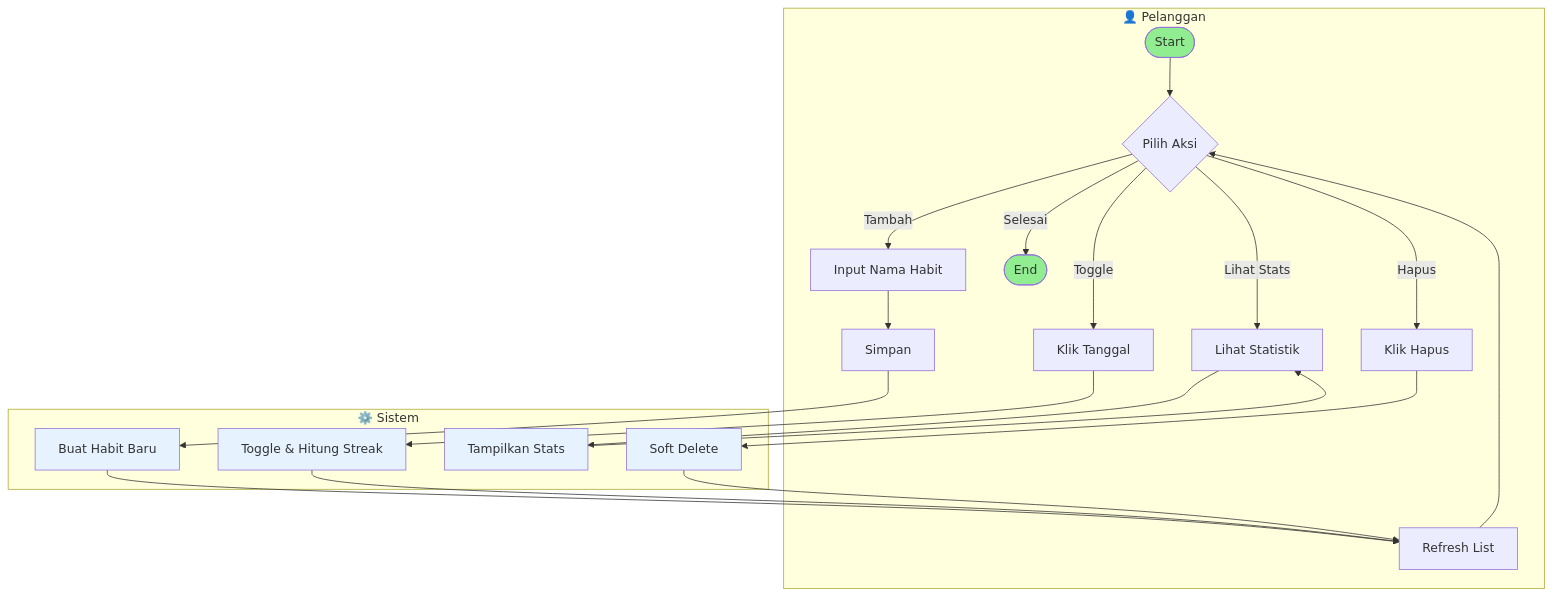
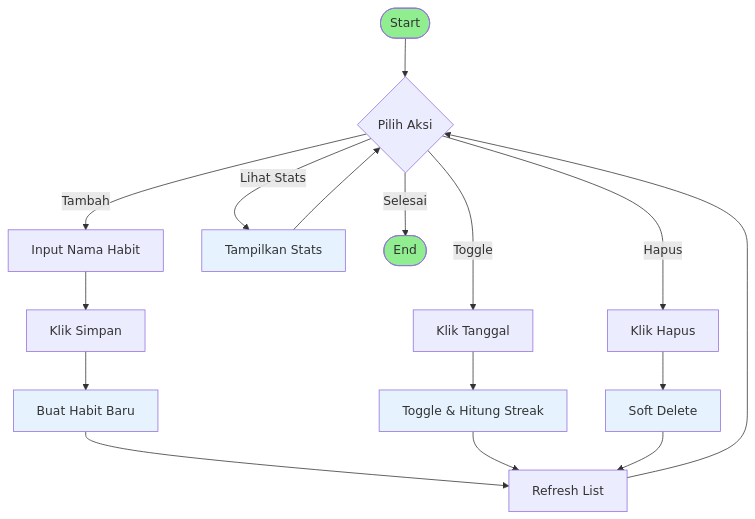
The fourth of 11 diagrams in ACTIVITY_DIAGRAMS.md (FarhanEfendi21/FlowDay), drawn with Mermaid before and after one commit. The commit also changed other lines of this file, not shown here.

Commit message:
fix activity diagram

````diff
--- a/ACTIVITY_DIAGRAMS.md
+++ b/ACTIVITY_DIAGRAMS.md
@@ -137,32 +128,30 @@
 ```mermaid
-graph TD
-    subgraph User["👤 Pelanggan"]
-        A([Start]) --> B{Pilih Aksi}
-        B -->|Tambah| C[Input Nama Habit]
-        B -->|Toggle| D[Klik Tanggal]
-        B -->|Lihat Stats| E[Lihat Statistik]
-        B -->|Hapus| F[Klik Hapus]
-        C --> G[Simpan]
-        H[Refresh List] --> B
-        B -->|Selesai| I([End])
-    end
+flowchart TB
+    Start([Start]) --> Menu{Pilih Aksi}
     
-    subgraph System["⚙️ Sistem"]
-        J[Buat Habit Baru] --> H
-        K[Toggle & Hitung Streak] --> H
-        L[Tampilkan Stats] --> E
-        M[Soft Delete] --> H
-    end
+    Menu -->|Tambah| A1[Input Nama Habit]
+    A1 --> A2[Klik Simpan]
+    A2 --> A3[Buat Habit Baru]
+    A3 --> R[Refresh List]
     
-    G --> J
-    D --> K
-    E --> L
-    F --> M
+    Menu -->|Toggle| B1[Klik Tanggal]
+    B1 --> B2[Toggle & Hitung Streak]
+    B2 --> R
+    
+    Menu -->|Lihat Stats| C1[Tampilkan Stats]
+    C1 --> Menu
+    
+    Menu -->|Hapus| D1[Klik Hapus]
+    D1 --> D2[Soft Delete]
+    D2 --> R
+    
+    R --> Menu
+    Menu -->|Selesai| End([End])
 
-    style A fill:#90EE90
-    style I fill:#90EE90
-    style J fill:#E6F3FF
-    style K fill:#E6F3FF
-    style L fill:#E6F3FF
-    style M fill:#E6F3FF
+    style Start fill:#90EE90
+    style End fill:#90EE90
+    style A3 fill:#E6F3FF
+    style B2 fill:#E6F3FF
+    style C1 fill:#E6F3FF
+    style D2 fill:#E6F3FF
 ```
````
